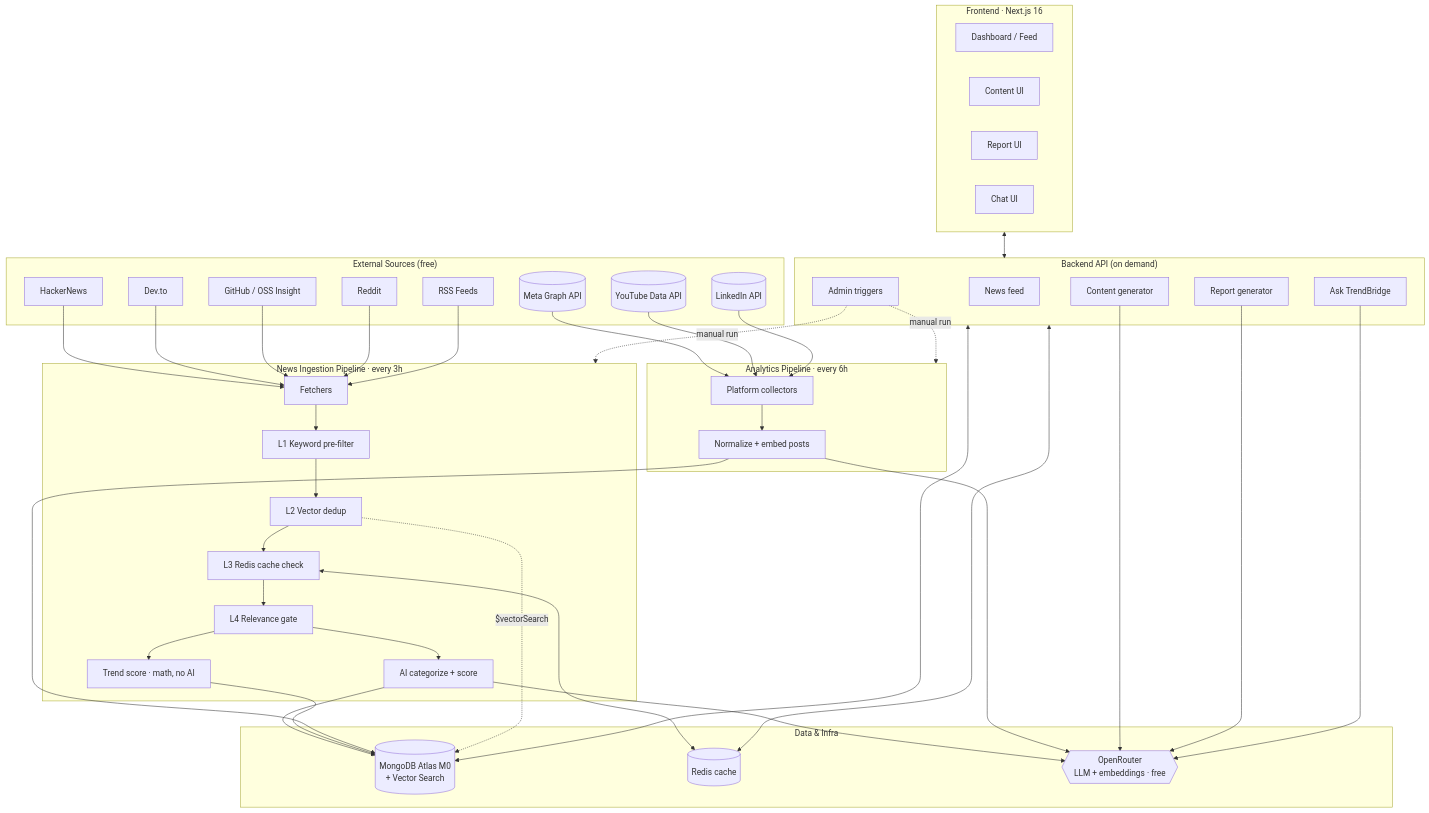
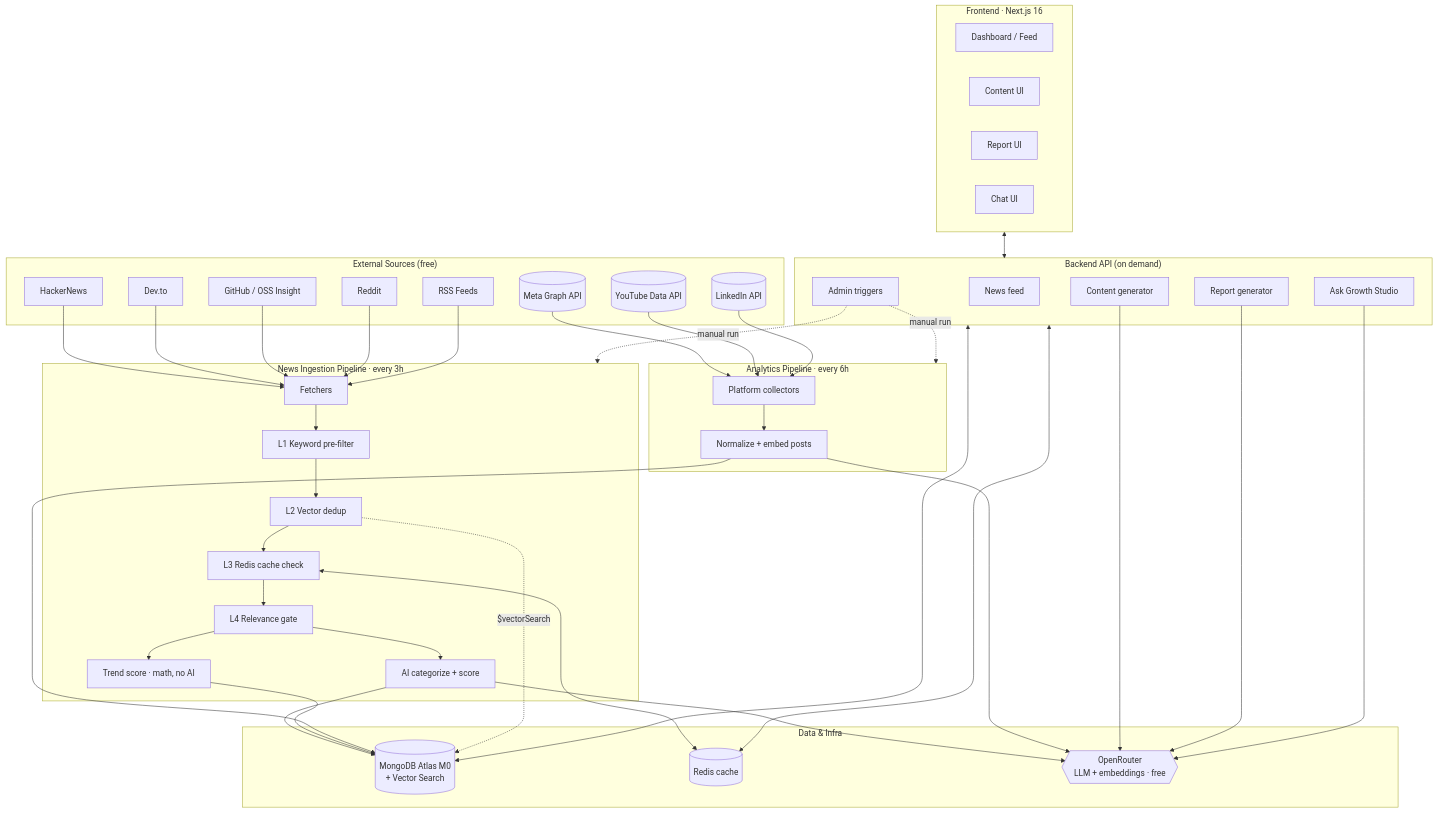
One commit to Farsit-007/AI-Content-Trend-Recommendation changed the first of 2 diagrams in README.md. Above: the diagram before and after it, drawn with Mermaid. The commit also changed other lines of this file and 26 other files, not shown here.

First line of the commit message:
refactor: rename TrendBridge to Growth Studio across the frontend and documentation

````diff
--- a/README.md
+++ b/README.md
@@ -52,49 +52,49 @@
 ```mermaid
 flowchart TB
     subgraph Sources["External Sources (free)"]
         HN[HackerNews]; DEV[Dev.to]; GH[GitHub / OSS Insight]
         RD[Reddit]; RSS[RSS Feeds]
         FB[(Meta Graph API)]; YT[(YouTube Data API)]; LI[(LinkedIn API)]
     end
 
     subgraph Ingest["News Ingestion Pipeline · every 3h"]
         FETCH[Fetchers] --> F1[L1 Keyword pre-filter]
         F1 --> F2[L2 Vector dedup]
         F2 --> F3[L3 Redis cache check]
         F3 --> F4[L4 Relevance gate]
         F4 --> CAT[AI categorize + score]
         F4 --> TS[Trend score · math, no AI]
     end
 
     subgraph Analytics["Analytics Pipeline · every 6h"]
         ACOL[Platform collectors] --> ANORM[Normalize + embed posts]
     end
 
     subgraph Data["Data & Infra"]
         MONGO[(MongoDB Atlas M0<br/>+ Vector Search)]
         REDIS[(Redis cache)]
         OR{{OpenRouter<br/>LLM + embeddings · free}}
     end
 
     subgraph Serve["Backend API (on demand)"]
         FEED[News feed]; GEN[Content generator]
-        REP[Report generator]; CHAT[Ask TrendBridge]
+        REP[Report generator]; CHAT[Ask Growth Studio]
         ADMIN[Admin triggers]
     end
 
     subgraph FE["Frontend · Next.js 16"]
         DASH[Dashboard / Feed]; CGEN[Content UI]
         RPT[Report UI]; ASK[Chat UI]
     end
 
     HN & DEV & GH & RD & RSS --> FETCH
     FB & YT & LI --> ACOL
     CAT --> MONGO; TS --> MONGO; ANORM --> MONGO
     F2 -. $vectorSearch .-> MONGO
     F3 <--> REDIS
     CAT --> OR; ANORM --> OR
     Serve <--> MONGO; Serve <--> REDIS; GEN & REP & CHAT --> OR
     FE <--> Serve
     ADMIN -.manual run.-> Ingest
     ADMIN -.manual run.-> Analytics
 ```
````
